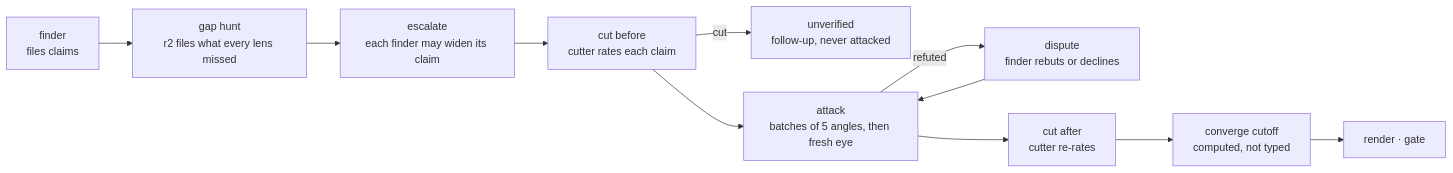
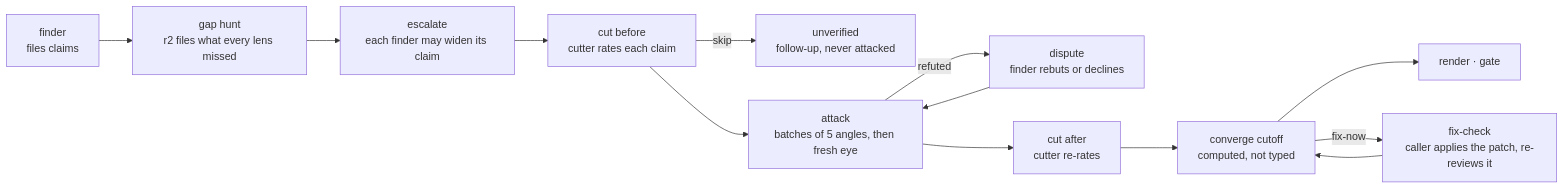
One commit to vancsj/bootgear changed the diagram in plugins/converge/README.md. Above: the diagram before and after it, drawn with Mermaid. The commit also changed other lines of this file and 12 other files, not shown here.

First line of the commit message:
DOCS: document the per-lens cutoff, fix-now and fix-check in the skills and docs

````diff
--- a/plugins/converge/README.md
+++ b/plugins/converge/README.md
@@ -17,13 +17,15 @@
 ```mermaid
 flowchart LR
     F["finder<br/>files claims"] --> G["gap hunt<br/>r2 files what every lens missed"]
     G --> E["escalate<br/>each finder may widen its claim"]
     E --> CB["cut before<br/>cutter rates each claim"]
-    CB -->|"cut"| U["unverified<br/>follow-up, never attacked"]
+    CB -->|"skip"| U["unverified<br/>follow-up, never attacked"]
     CB --> A["attack<br/>batches of 5 angles, then fresh eye"]
     A -->|"refuted"| D["dispute<br/>finder rebuts or declines"]
     D --> A
     A --> CA["cut after<br/>cutter re-rates"]
     CA --> X["converge cutoff<br/>computed, not typed"]
     X --> O["render · gate"]
+    X -->|"fix-now"| FC["fix-check<br/>caller applies the patch, re-reviews it"]
+    FC --> X
 ```
````
